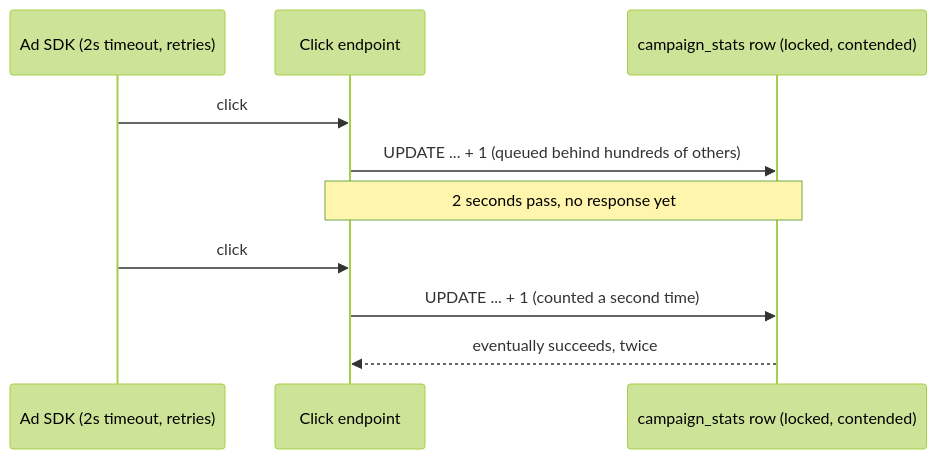
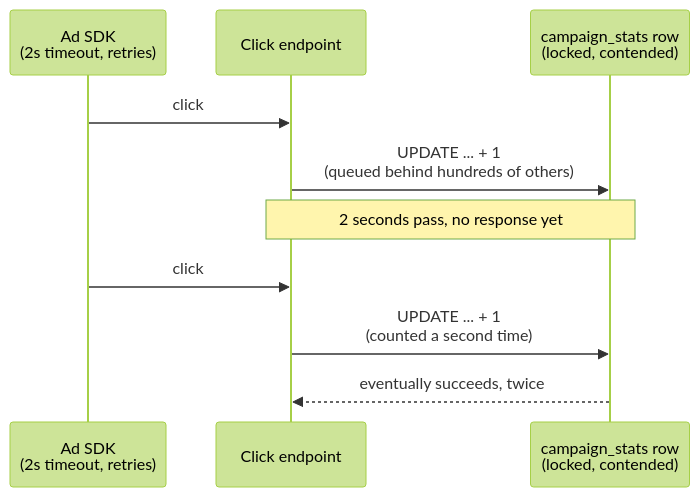
One commit to riyaz-pasha/Learnings changed the first of 12 diagrams in system-design/HLD/0-course/63-Design-an-Ad-Click-Aggregation-System-FAANG-Guide-story.md. Above: the diagram before and after it, drawn with Mermaid (forest theme). The commit also changed other lines of this file and 1 other file, not shown here.

Commit message:
[REWRITE] Ad Click Aggregation System story guide: simplify prose, add structure, fix diagrams

````diff
--- a/system-design/HLD/0-course/63-Design-an-Ad-Click-Aggregation-System-FAANG-Guide-story.md
+++ b/system-design/HLD/0-course/63-Design-an-Ad-Click-Aggregation-System-FAANG-Guide-story.md
@@ -23,13 +70,13 @@
 ```mermaid
 sequenceDiagram
-    participant SDK as Ad SDK (2s timeout, retries)
+    participant SDK as Ad SDK<br/>(2s timeout, retries)
     participant API as Click endpoint
-    participant DB as campaign_stats row (locked, contended)
+    participant DB as campaign_stats row<br/>(locked, contended)
 
-    SDK->>API: click #1, campaign=viral_coupon
-    API->>DB: UPDATE ... + 1 (queued behind hundreds of others)
+    SDK->>API: click #1, campaign = viral_coupon
+    API->>DB: UPDATE ... + 1<br/>(queued behind hundreds of others)
     Note over API,DB: 2 seconds pass, no response yet
-    SDK->>API: click #1 AGAIN (client-side retry, same click, no dedup)
-    API->>DB: UPDATE ... + 1 (counted a second time)
+    SDK->>API: click #1 AGAIN<br/>(client-side retry, same click, no dedup)
+    API->>DB: UPDATE ... + 1<br/>(counted a second time)
     DB-->>API: eventually succeeds, twice
 ```
````
